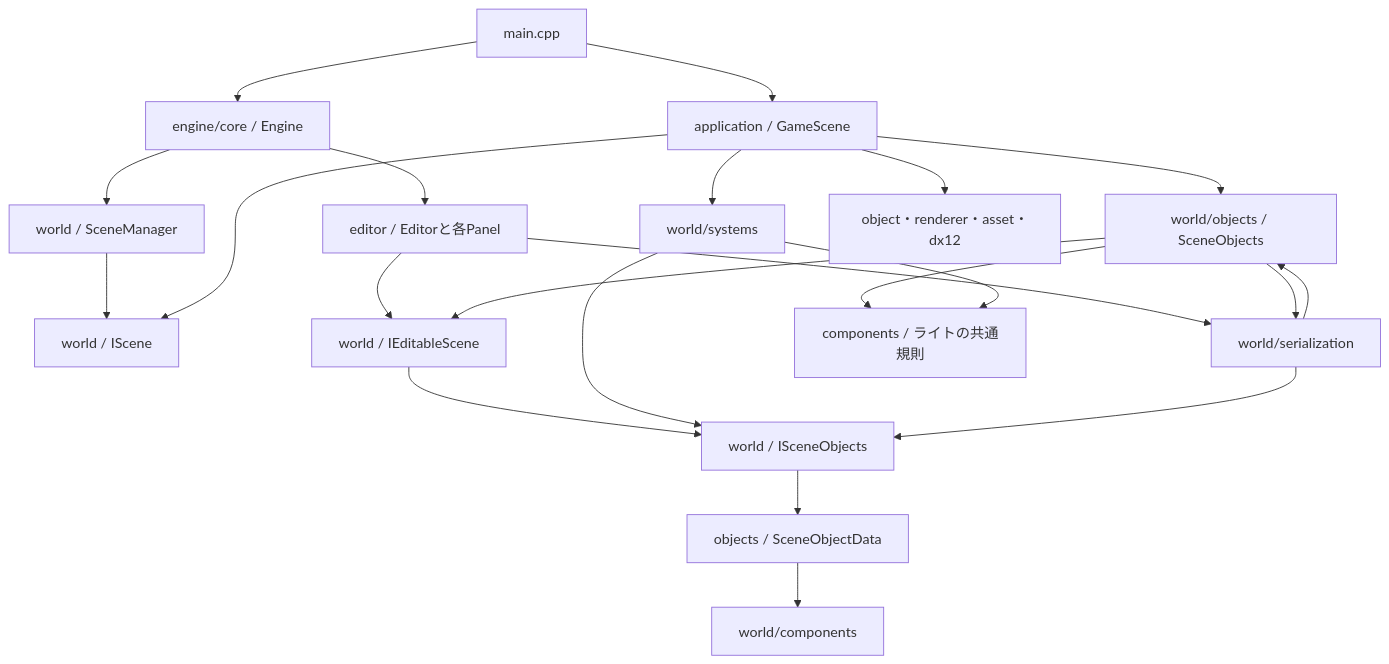
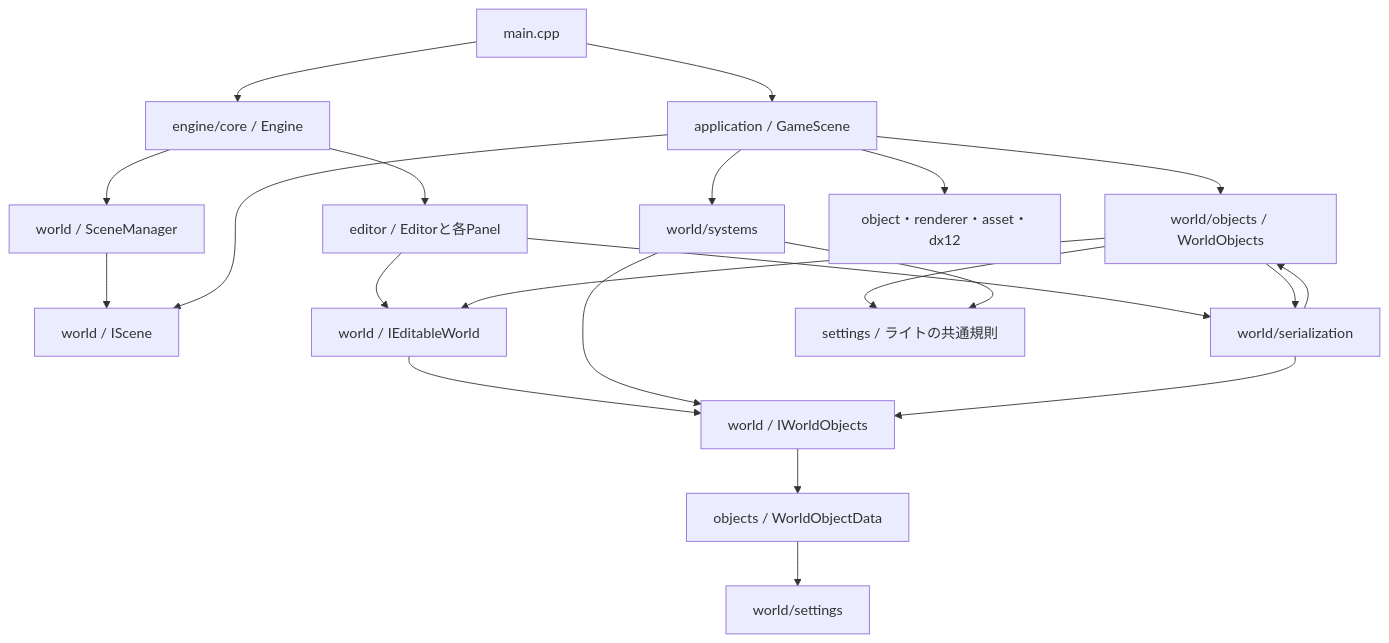
The diagram in docs/dependencies.md (TAKATAN0829/PonEngine), drawn with Mermaid before and after one commit. The commit also changed other lines of this file and 167 other files, not shown here.

````diff
--- a/docs/dependencies.md
+++ b/docs/dependencies.md
@@ -11,24 +11,24 @@
 ```mermaid
 flowchart TD
     Main[main.cpp] --> Game[application / GameScene]
     Main --> Engine[engine/core / Engine]
     Engine --> Manager[world / SceneManager]
     Engine --> Editor[editor / Editorと各Panel]
     Manager --> Scene[world / IScene]
     Game --> Scene
-    Game --> Objects[world/objects / SceneObjects]
-    Editor --> Interface[world / IEditableScene]
+    Game --> Objects[world/objects / WorldObjects]
+    Editor --> Interface[world / IEditableWorld]
     Objects --> Interface
-    Interface --> Common[world / ISceneObjects]
-    Common --> Data[objects / SceneObjectData]
+    Interface --> Common[world / IWorldObjects]
+    Common --> Data[objects / WorldObjectData]
     Game --> Systems[world/systems]
     Game --> Render[object・renderer・asset・dx12]
-    Data --> Components[world/components]
+    Data --> Components[world/settings]
     Systems --> Common
     Storage --> Common
     Editor --> Storage[world/serialization]
     Storage --> Objects
     Objects --> Storage
-    Objects --> LightRules[components / ライトの共通規則]
+    Objects --> LightRules[settings / ライトの共通規則]
     Systems --> LightRules
 ```
````
